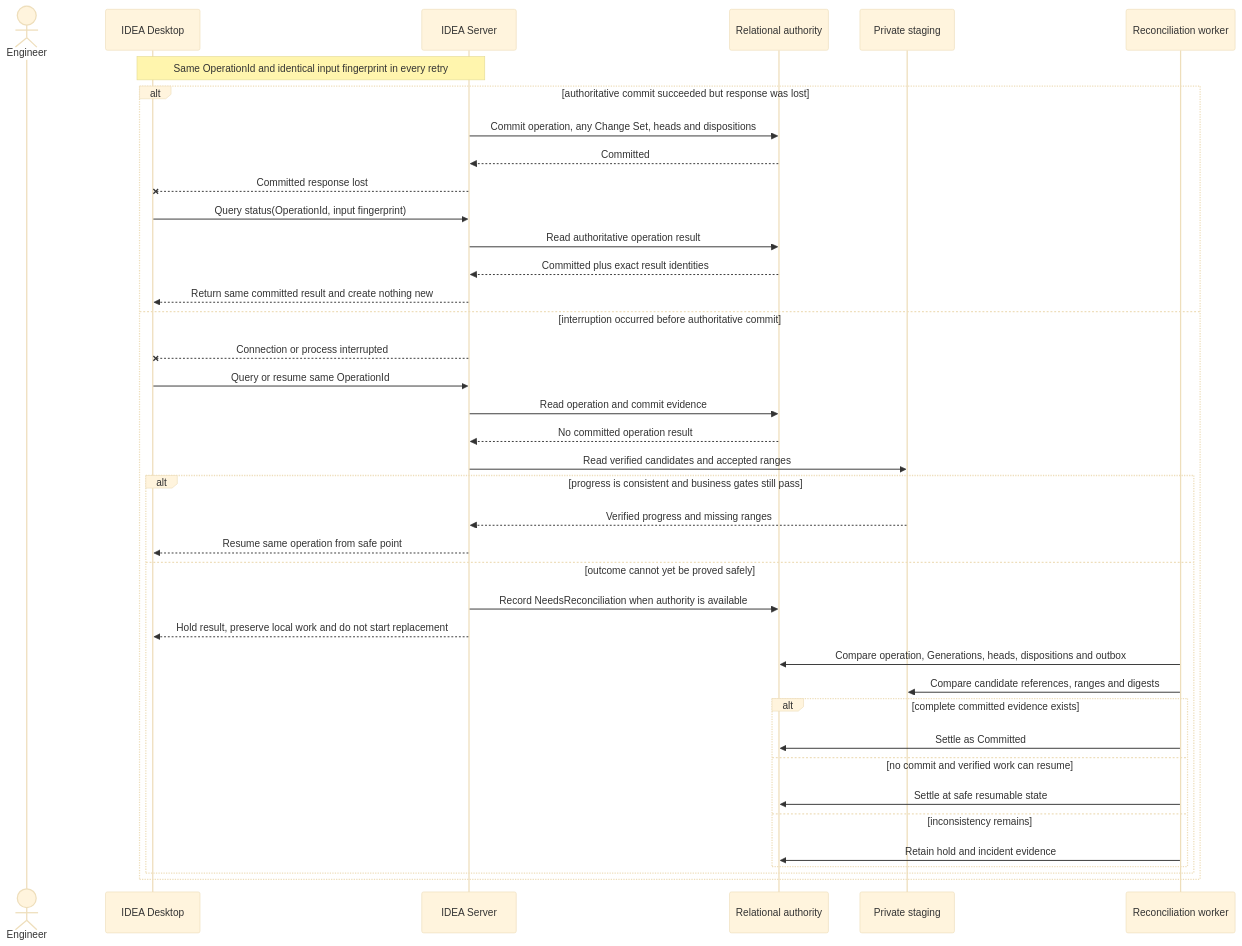
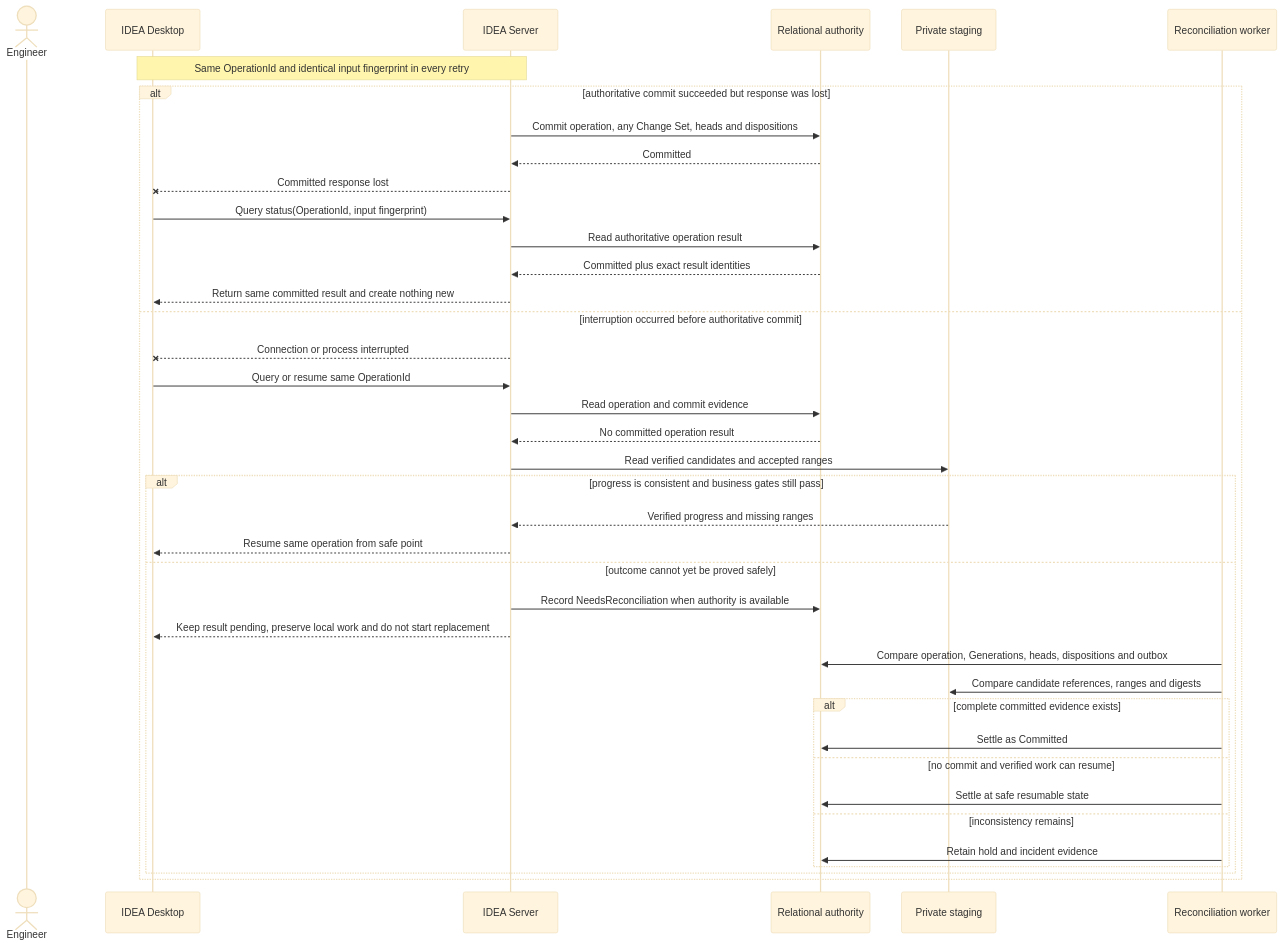
Before and after one commit to devphuclam/IDEAEngineering: diagram 15 of 26 in docs/product/instances/idea-engineering/DOC-05-architecture-description.md, drawn with Mermaid (base theme). The commit also changed other lines of this file and 80 other files, not shown here.

Commit message:
docs: correct architecture review findings and evidence

````diff
--- a/docs/product/instances/idea-engineering/DOC-05-architecture-description.md
+++ b/docs/product/instances/idea-engineering/DOC-05-architecture-description.md
@@ -1190,45 +1190,45 @@
 ```mermaid
 sequenceDiagram
     accTitle: Resolve an interrupted or uncertain Check-in by OperationId
     accDescr: If the commit succeeded but its response was lost, the client queries the same OperationId and receives the already committed result. If interruption occurred before commit, the server returns verified progress for safe resume. If authoritative evidence is inconsistent or temporarily unavailable, the operation is held for reconciliation and no new operation or success is inferred.
 
     actor Engineer
     participant Desktop as IDEA Desktop
     participant Server as IDEA Server
     participant DB as Relational authority
     participant Staging as Private staging
     participant Reconcile as Reconciliation worker
 
     Note over Desktop,Server: Same OperationId and identical input fingerprint in every retry
     alt authoritative commit succeeded but response was lost
         Server->>DB: Commit operation, any Change Set, heads and dispositions
         DB-->>Server: Committed
         Server--xDesktop: Committed response lost
         Desktop->>Server: Query status(OperationId, input fingerprint)
         Server->>DB: Read authoritative operation result
         DB-->>Server: Committed plus exact result identities
         Server-->>Desktop: Return same committed result and create nothing new
     else interruption occurred before authoritative commit
         Server--xDesktop: Connection or process interrupted
         Desktop->>Server: Query or resume same OperationId
         Server->>DB: Read operation and commit evidence
         DB-->>Server: No committed operation result
         Server->>Staging: Read verified candidates and accepted ranges
         alt progress is consistent and business gates still pass
             Staging-->>Server: Verified progress and missing ranges
             Server-->>Desktop: Resume same operation from safe point
         else outcome cannot yet be proved safely
             Server->>DB: Record NeedsReconciliation when authority is available
-            Server-->>Desktop: Hold result, preserve local work and do not start replacement
+            Server-->>Desktop: Keep result pending, preserve local work and do not start replacement
             Reconcile->>DB: Compare operation, Generations, heads, dispositions and outbox
             Reconcile->>Staging: Compare candidate references, ranges and digests
             alt complete committed evidence exists
                 Reconcile->>DB: Settle as Committed
             else no commit and verified work can resume
                 Reconcile->>DB: Settle at safe resumable state
             else inconsistency remains
                 Reconcile->>DB: Retain hold and incident evidence
             end
         end
     end
 ```
````
